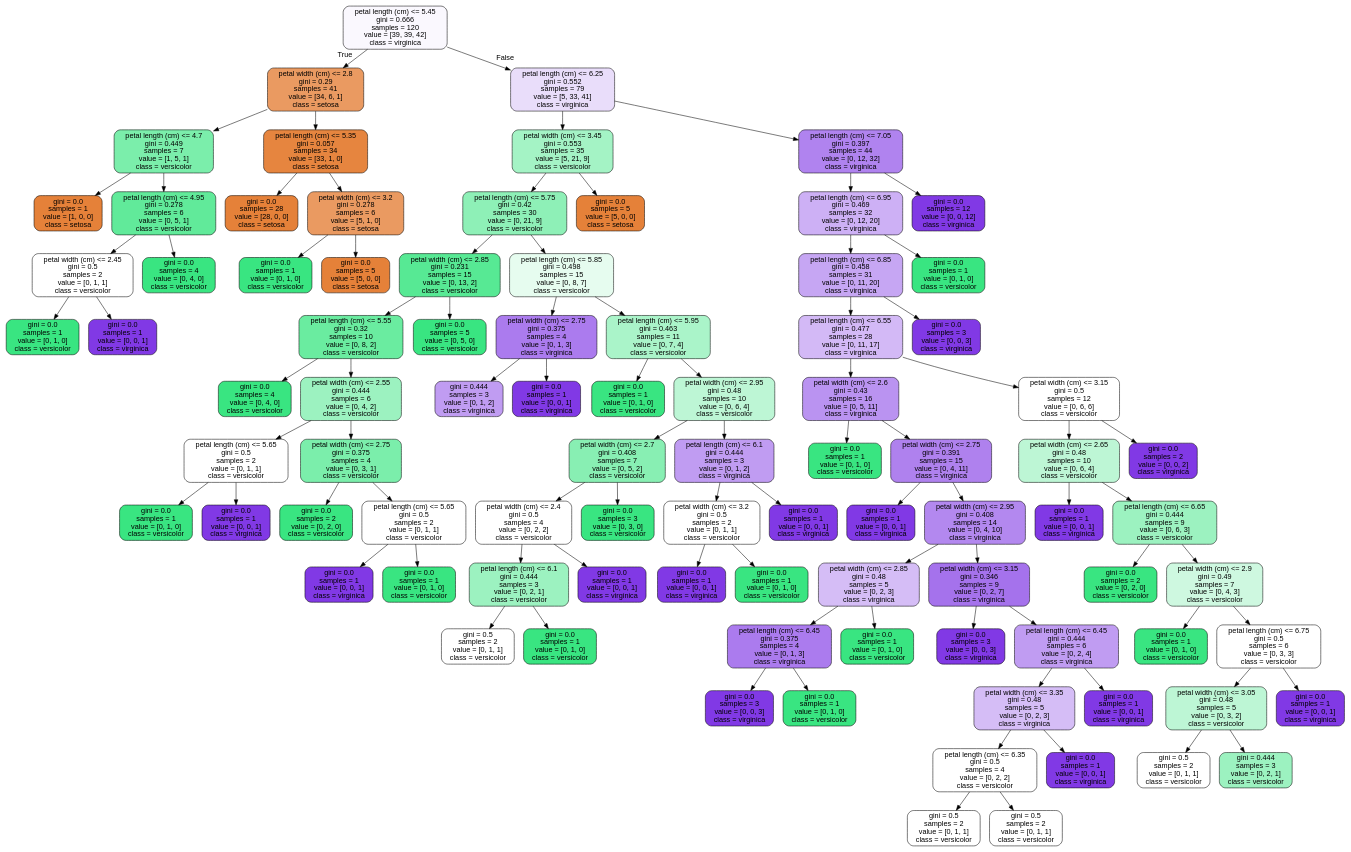
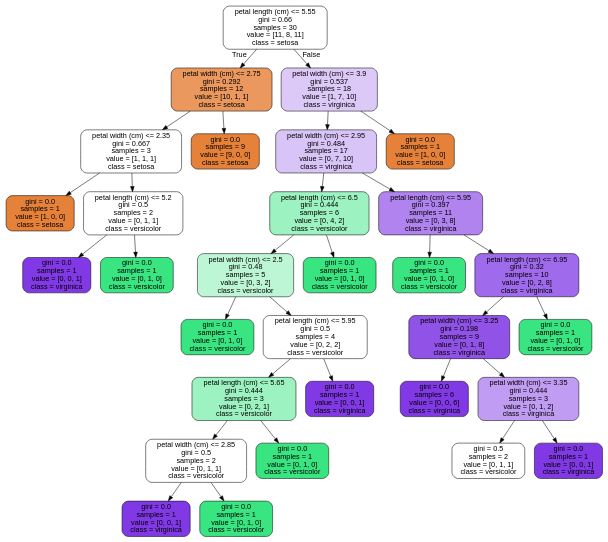
The diagram in images/decision_trees/iris_tree_test.dot (JoseDeJesusMendozaBecerril/Practica4_MineriaDeDatos), drawn with Graphviz before and after one commit. The commit also changed 10 other files, not shown here.

```diff
--- a/images/decision_trees/iris_tree_test.dot
+++ b/images/decision_trees/iris_tree_test.dot
@@ -1,181 +1,65 @@
 digraph Tree {
 node [shape=box, style="filled, rounded", color="black", fontname=helvetica] ;
 edge [fontname=helvetica] ;
-0 [label="petal length (cm) <= 5.45\ngini = 0.666\nsamples = 120\nvalue = [39, 39, 42]\nclass = virginica", fillcolor="#faf8fe"] ;
-1 [label="petal width (cm) <= 2.8\ngini = 0.29\nsamples = 41\nvalue = [34, 6, 1]\nclass = setosa", fillcolor="#ea9a61"] ;
+0 [label="petal length (cm) <= 5.55\ngini = 0.66\nsamples = 30\nvalue = [11, 8, 11]\nclass = setosa", fillcolor="#ffffff"] ;
+1 [label="petal width (cm) <= 2.75\ngini = 0.292\nsamples = 12\nvalue = [10, 1, 1]\nclass = setosa", fillcolor="#ea985d"] ;
 0 -> 1 [labeldistance=2.5, labelangle=45, headlabel="True"] ;
-2 [label="petal length (cm) <= 4.7\ngini = 0.449\nsamples = 7\nvalue = [1, 5, 1]\nclass = versicolor", fillcolor="#7beeab"] ;
+2 [label="petal width (cm) <= 2.35\ngini = 0.667\nsamples = 3\nvalue = [1, 1, 1]\nclass = setosa", fillcolor="#ffffff"] ;
 1 -> 2 ;
 3 [label="gini = 0.0\nsamples = 1\nvalue = [1, 0, 0]\nclass = setosa", fillcolor="#e58139"] ;
 2 -> 3 ;
-4 [label="petal length (cm) <= 4.95\ngini = 0.278\nsamples = 6\nvalue = [0, 5, 1]\nclass = versicolor", fillcolor="#61ea9a"] ;
+4 [label="petal length (cm) <= 5.2\ngini = 0.5\nsamples = 2\nvalue = [0, 1, 1]\nclass = versicolor", fillcolor="#ffffff"] ;
 2 -> 4 ;
-5 [label="petal width (cm) <= 2.45\ngini = 0.5\nsamples = 2\nvalue = [0, 1, 1]\nclass = versicolor", fillcolor="#ffffff"] ;
+5 [label="gini = 0.0\nsamples = 1\nvalue = [0, 0, 1]\nclass = virginica", fillcolor="#8139e5"] ;
 4 -> 5 ;
 6 [label="gini = 0.0\nsamples = 1\nvalue = [0, 1, 0]\nclass = versicolor", fillcolor="#39e581"] ;
-5 -> 6 ;
-7 [label="gini = 0.0\nsamples = 1\nvalue = [0, 0, 1]\nclass = virginica", fillcolor="#8139e5"] ;
-5 -> 7 ;
-8 [label="gini = 0.0\nsamples = 4\nvalue = [0, 4, 0]\nclass = versicolor", fillcolor="#39e581"] ;
-4 -> 8 ;
-9 [label="petal length (cm) <= 5.35\ngini = 0.057\nsamples = 34\nvalue = [33, 1, 0]\nclass = setosa", fillcolor="#e6853f"] ;
-1 -> 9 ;
-10 [label="gini = 0.0\nsamples = 28\nvalue = [28, 0, 0]\nclass = setosa", fillcolor="#e58139"] ;
+4 -> 6 ;
+7 [label="gini = 0.0\nsamples = 9\nvalue = [9, 0, 0]\nclass = setosa", fillcolor="#e58139"] ;
+1 -> 7 ;
+8 [label="petal width (cm) <= 3.9\ngini = 0.537\nsamples = 18\nvalue = [1, 7, 10]\nclass = virginica", fillcolor="#ddc9f8"] ;
+0 -> 8 [labeldistance=2.5, labelangle=-45, headlabel="False"] ;
+9 [label="petal width (cm) <= 2.95\ngini = 0.484\nsamples = 17\nvalue = [0, 7, 10]\nclass = virginica", fillcolor="#d9c4f7"] ;
+8 -> 9 ;
+10 [label="petal length (cm) <= 6.5\ngini = 0.444\nsamples = 6\nvalue = [0, 4, 2]\nclass = versicolor", fillcolor="#9cf2c0"] ;
 9 -> 10 ;
-11 [label="petal width (cm) <= 3.2\ngini = 0.278\nsamples = 6\nvalue = [5, 1, 0]\nclass = setosa", fillcolor="#ea9a61"] ;
-9 -> 11 ;
+11 [label="petal width (cm) <= 2.5\ngini = 0.48\nsamples = 5\nvalue = [0, 3, 2]\nclass = versicolor", fillcolor="#bdf6d5"] ;
+10 -> 11 ;
 12 [label="gini = 0.0\nsamples = 1\nvalue = [0, 1, 0]\nclass = versicolor", fillcolor="#39e581"] ;
 11 -> 12 ;
-13 [label="gini = 0.0\nsamples = 5\nvalue = [5, 0, 0]\nclass = setosa", fillcolor="#e58139"] ;
+13 [label="petal length (cm) <= 5.95\ngini = 0.5\nsamples = 4\nvalue = [0, 2, 2]\nclass = versicolor", fillcolor="#ffffff"] ;
 11 -> 13 ;
-14 [label="petal length (cm) <= 6.25\ngini = 0.552\nsamples = 79\nvalue = [5, 33, 41]\nclass = virginica", fillcolor="#e9ddfa"] ;
-0 -> 14 [labeldistance=2.5, labelangle=-45, headlabel="False"] ;
-15 [label="petal width (cm) <= 3.45\ngini = 0.553\nsamples = 35\nvalue = [5, 21, 9]\nclass = versicolor", fillcolor="#a4f3c5"] ;
+14 [label="petal length (cm) <= 5.65\ngini = 0.444\nsamples = 3\nvalue = [0, 2, 1]\nclass = versicolor", fillcolor="#9cf2c0"] ;
+13 -> 14 ;
+15 [label="petal width (cm) <= 2.85\ngini = 0.5\nsamples = 2\nvalue = [0, 1, 1]\nclass = versicolor", fillcolor="#ffffff"] ;
 14 -> 15 ;
-16 [label="petal length (cm) <= 5.75\ngini = 0.42\nsamples = 30\nvalue = [0, 21, 9]\nclass = versicolor", fillcolor="#8ef0b7"] ;
+16 [label="gini = 0.0\nsamples = 1\nvalue = [0, 0, 1]\nclass = virginica", fillcolor="#8139e5"] ;
 15 -> 16 ;
-17 [label="petal width (cm) <= 2.85\ngini = 0.231\nsamples = 15\nvalue = [0, 13, 2]\nclass = versicolor", fillcolor="#57e994"] ;
-16 -> 17 ;
-18 [label="petal length (cm) <= 5.55\ngini = 0.32\nsamples = 10\nvalue = [0, 8, 2]\nclass = versicolor", fillcolor="#6aeca0"] ;
-17 -> 18 ;
-19 [label="gini = 0.0\nsamples = 4\nvalue = [0, 4, 0]\nclass = versicolor", fillcolor="#39e581"] ;
-18 -> 19 ;
-20 [label="petal width (cm) <= 2.55\ngini = 0.444\nsamples = 6\nvalue = [0, 4, 2]\nclass = versicolor", fillcolor="#9cf2c0"] ;
-18 -> 20 ;
-21 [label="petal length (cm) <= 5.65\ngini = 0.5\nsamples = 2\nvalue = [0, 1, 1]\nclass = versicolor", fillcolor="#ffffff"] ;
-20 -> 21 ;
+17 [label="gini = 0.0\nsamples = 1\nvalue = [0, 1, 0]\nclass = versicolor", fillcolor="#39e581"] ;
+15 -> 17 ;
+18 [label="gini = 0.0\nsamples = 1\nvalue = [0, 1, 0]\nclass = versicolor", fillcolor="#39e581"] ;
+14 -> 18 ;
+19 [label="gini = 0.0\nsamples = 1\nvalue = [0, 0, 1]\nclass = virginica", fillcolor="#8139e5"] ;
+13 -> 19 ;
+20 [label="gini = 0.0\nsamples = 1\nvalue = [0, 1, 0]\nclass = versicolor", fillcolor="#39e581"] ;
+10 -> 20 ;
+21 [label="petal length (cm) <= 5.95\ngini = 0.397\nsamples = 11\nvalue = [0, 3, 8]\nclass = virginica", fillcolor="#b083ef"] ;
+9 -> 21 ;
 22 [label="gini = 0.0\nsamples = 1\nvalue = [0, 1, 0]\nclass = versicolor", fillcolor="#39e581"] ;
 21 -> 22 ;
-23 [label="gini = 0.0\nsamples = 1\nvalue = [0, 0, 1]\nclass = virginica", fillcolor="#8139e5"] ;
+23 [label="petal length (cm) <= 6.95\ngini = 0.32\nsamples = 10\nvalue = [0, 2, 8]\nclass = virginica", fillcolor="#a06aec"] ;
 21 -> 23 ;
-24 [label="petal width (cm) <= 2.75\ngini = 0.375\nsamples = 4\nvalue = [0, 3, 1]\nclass = versicolor", fillcolor="#7beeab"] ;
-20 -> 24 ;
-25 [label="gini = 0.0\nsamples = 2\nvalue = [0, 2, 0]\nclass = versicolor", fillcolor="#39e581"] ;
+24 [label="petal width (cm) <= 3.25\ngini = 0.198\nsamples = 9\nvalue = [0, 1, 8]\nclass = virginica", fillcolor="#9152e8"] ;
+23 -> 24 ;
+25 [label="gini = 0.0\nsamples = 6\nvalue = [0, 0, 6]\nclass = virginica", fillcolor="#8139e5"] ;
 24 -> 25 ;
-26 [label="petal length (cm) <= 5.65\ngini = 0.5\nsamples = 2\nvalue = [0, 1, 1]\nclass = versicolor", fillcolor="#ffffff"] ;
+26 [label="petal width (cm) <= 3.35\ngini = 0.444\nsamples = 3\nvalue = [0, 1, 2]\nclass = virginica", fillcolor="#c09cf2"] ;
 24 -> 26 ;
-27 [label="gini = 0.0\nsamples = 1\nvalue = [0, 0, 1]\nclass = virginica", fillcolor="#8139e5"] ;
+27 [label="gini = 0.5\nsamples = 2\nvalue = [0, 1, 1]\nclass = versicolor", fillcolor="#ffffff"] ;
 26 -> 27 ;
-28 [label="gini = 0.0\nsamples = 1\nvalue = [0, 1, 0]\nclass = versicolor", fillcolor="#39e581"] ;
+28 [label="gini = 0.0\nsamples = 1\nvalue = [0, 0, 1]\nclass = virginica", fillcolor="#8139e5"] ;
 26 -> 28 ;
-29 [label="gini = 0.0\nsamples = 5\nvalue = [0, 5, 0]\nclass = versicolor", fillcolor="#39e581"] ;
-17 -> 29 ;
-30 [label="petal length (cm) <= 5.85\ngini = 0.498\nsamples = 15\nvalue = [0, 8, 7]\nclass = versicolor", fillcolor="#e6fcef"] ;
-16 -> 30 ;
-31 [label="petal width (cm) <= 2.75\ngini = 0.375\nsamples = 4\nvalue = [0, 1, 3]\nclass = virginica", fillcolor="#ab7bee"] ;
-30 -> 31 ;
-32 [label="gini = 0.444\nsamples = 3\nvalue = [0, 1, 2]\nclass = virginica", fillcolor="#c09cf2"] ;
-31 -> 32 ;
-33 [label="gini = 0.0\nsamples = 1\nvalue = [0, 0, 1]\nclass = virginica", fillcolor="#8139e5"] ;
-31 -> 33 ;
-34 [label="petal length (cm) <= 5.95\ngini = 0.463\nsamples = 11\nvalue = [0, 7, 4]\nclass = versicolor", fillcolor="#aaf4c9"] ;
-30 -> 34 ;
-35 [label="gini = 0.0\nsamples = 1\nvalue = [0, 1, 0]\nclass = versicolor", fillcolor="#39e581"] ;
-34 -> 35 ;
-36 [label="petal width (cm) <= 2.95\ngini = 0.48\nsamples = 10\nvalue = [0, 6, 4]\nclass = versicolor", fillcolor="#bdf6d5"] ;
-34 -> 36 ;
-37 [label="petal width (cm) <= 2.7\ngini = 0.408\nsamples = 7\nvalue = [0, 5, 2]\nclass = versicolor", fillcolor="#88efb3"] ;
-36 -> 37 ;
-38 [label="petal width (cm) <= 2.4\ngini = 0.5\nsamples = 4\nvalue = [0, 2, 2]\nclass = versicolor", fillcolor="#ffffff"] ;
-37 -> 38 ;
-39 [label="petal length (cm) <= 6.1\ngini = 0.444\nsamples = 3\nvalue = [0, 2, 1]\nclass = versicolor", fillcolor="#9cf2c0"] ;
-38 -> 39 ;
-40 [label="gini = 0.5\nsamples = 2\nvalue = [0, 1, 1]\nclass = versicolor", fillcolor="#ffffff"] ;
-39 -> 40 ;
-41 [label="gini = 0.0\nsamples = 1\nvalue = [0, 1, 0]\nclass = versicolor", fillcolor="#39e581"] ;
-39 -> 41 ;
-42 [label="gini = 0.0\nsamples = 1\nvalue = [0, 0, 1]\nclass = virginica", fillcolor="#8139e5"] ;
-38 -> 42 ;
-43 [label="gini = 0.0\nsamples = 3\nvalue = [0, 3, 0]\nclass = versicolor", fillcolor="#39e581"] ;
-37 -> 43 ;
-44 [label="petal length (cm) <= 6.1\ngini = 0.444\nsamples = 3\nvalue = [0, 1, 2]\nclass = virginica", fillcolor="#c09cf2"] ;
-36 -> 44 ;
-45 [label="petal width (cm) <= 3.2\ngini = 0.5\nsamples = 2\nvalue = [0, 1, 1]\nclass = versicolor", fillcolor="#ffffff"] ;
-44 -> 45 ;
-46 [label="gini = 0.0\nsamples = 1\nvalue = [0, 0, 1]\nclass = virginica", fillcolor="#8139e5"] ;
-45 -> 46 ;
-47 [label="gini = 0.0\nsamples = 1\nvalue = [0, 1, 0]\nclass = versicolor", fillcolor="#39e581"] ;
-45 -> 47 ;
-48 [label="gini = 0.0\nsamples = 1\nvalue = [0, 0, 1]\nclass = virginica", fillcolor="#8139e5"] ;
-44 -> 48 ;
-49 [label="gini = 0.0\nsamples = 5\nvalue = [5, 0, 0]\nclass = setosa", fillcolor="#e58139"] ;
-15 -> 49 ;
-50 [label="petal length (cm) <= 7.05\ngini = 0.397\nsamples = 44\nvalue = [0, 12, 32]\nclass = virginica", fillcolor="#b083ef"] ;
-14 -> 50 ;
-51 [label="petal length (cm) <= 6.95\ngini = 0.469\nsamples = 32\nvalue = [0, 12, 20]\nclass = virginica", fillcolor="#cdb0f5"] ;
-50 -> 51 ;
-52 [label="petal length (cm) <= 6.85\ngini = 0.458\nsamples = 31\nvalue = [0, 11, 20]\nclass = virginica", fillcolor="#c6a6f3"] ;
-51 -> 52 ;
-53 [label="petal length (cm) <= 6.55\ngini = 0.477\nsamples = 28\nvalue = [0, 11, 17]\nclass = virginica", fillcolor="#d3b9f6"] ;
-52 -> 53 ;
-54 [label="petal width (cm) <= 2.6\ngini = 0.43\nsamples = 16\nvalue = [0, 5, 11]\nclass = virginica", fillcolor="#ba93f1"] ;
-53 -> 54 ;
-55 [label="gini = 0.0\nsamples = 1\nvalue = [0, 1, 0]\nclass = versicolor", fillcolor="#39e581"] ;
-54 -> 55 ;
-56 [label="petal width (cm) <= 2.75\ngini = 0.391\nsamples = 15\nvalue = [0, 4, 11]\nclass = virginica", fillcolor="#af81ee"] ;
-54 -> 56 ;
-57 [label="gini = 0.0\nsamples = 1\nvalue = [0, 0, 1]\nclass = virginica", fillcolor="#8139e5"] ;
-56 -> 57 ;
-58 [label="petal width (cm) <= 2.95\ngini = 0.408\nsamples = 14\nvalue = [0, 4, 10]\nclass = virginica", fillcolor="#b388ef"] ;
-56 -> 58 ;
-59 [label="petal width (cm) <= 2.85\ngini = 0.48\nsamples = 5\nvalue = [0, 2, 3]\nclass = virginica", fillcolor="#d5bdf6"] ;
-58 -> 59 ;
-60 [label="petal length (cm) <= 6.45\ngini = 0.375\nsamples = 4\nvalue = [0, 1, 3]\nclass = virginica", fillcolor="#ab7bee"] ;
-59 -> 60 ;
-61 [label="gini = 0.0\nsamples = 3\nvalue = [0, 0, 3]\nclass = virginica", fillcolor="#8139e5"] ;
-60 -> 61 ;
-62 [label="gini = 0.0\nsamples = 1\nvalue = [0, 1, 0]\nclass = versicolor", fillcolor="#39e581"] ;
-60 -> 62 ;
-63 [label="gini = 0.0\nsamples = 1\nvalue = [0, 1, 0]\nclass = versicolor", fillcolor="#39e581"] ;
-59 -> 63 ;
-64 [label="petal width (cm) <= 3.15\ngini = 0.346\nsamples = 9\nvalue = [0, 2, 7]\nclass = virginica", fillcolor="#a572ec"] ;
-58 -> 64 ;
-65 [label="gini = 0.0\nsamples = 3\nvalue = [0, 0, 3]\nclass = virginica", fillcolor="#8139e5"] ;
-64 -> 65 ;
-66 [label="petal length (cm) <= 6.45\ngini = 0.444\nsamples = 6\nvalue = [0, 2, 4]\nclass = virginica", fillcolor="#c09cf2"] ;
-64 -> 66 ;
-67 [label="petal width (cm) <= 3.35\ngini = 0.48\nsamples = 5\nvalue = [0, 2, 3]\nclass = virginica", fillcolor="#d5bdf6"] ;
-66 -> 67 ;
-68 [label="petal length (cm) <= 6.35\ngini = 0.5\nsamples = 4\nvalue = [0, 2, 2]\nclass = versicolor", fillcolor="#ffffff"] ;
-67 -> 68 ;
-69 [label="gini = 0.5\nsamples = 2\nvalue = [0, 1, 1]\nclass = versicolor", fillcolor="#ffffff"] ;
-68 -> 69 ;
-70 [label="gini = 0.5\nsamples = 2\nvalue = [0, 1, 1]\nclass = versicolor", fillcolor="#ffffff"] ;
-68 -> 70 ;
-71 [label="gini = 0.0\nsamples = 1\nvalue = [0, 0, 1]\nclass = virginica", fillcolor="#8139e5"] ;
-67 -> 71 ;
-72 [label="gini = 0.0\nsamples = 1\nvalue = [0, 0, 1]\nclass = virginica", fillcolor="#8139e5"] ;
-66 -> 72 ;
-73 [label="petal width (cm) <= 3.15\ngini = 0.5\nsamples = 12\nvalue = [0, 6, 6]\nclass = versicolor", fillcolor="#ffffff"] ;
-53 -> 73 ;
-74 [label="petal width (cm) <= 2.65\ngini = 0.48\nsamples = 10\nvalue = [0, 6, 4]\nclass = versicolor", fillcolor="#bdf6d5"] ;
-73 -> 74 ;
-75 [label="gini = 0.0\nsamples = 1\nvalue = [0, 0, 1]\nclass = virginica", fillcolor="#8139e5"] ;
-74 -> 75 ;
-76 [label="petal length (cm) <= 6.65\ngini = 0.444\nsamples = 9\nvalue = [0, 6, 3]\nclass = versicolor", fillcolor="#9cf2c0"] ;
-74 -> 76 ;
-77 [label="gini = 0.0\nsamples = 2\nvalue = [0, 2, 0]\nclass = versicolor", fillcolor="#39e581"] ;
-76 -> 77 ;
-78 [label="petal width (cm) <= 2.9\ngini = 0.49\nsamples = 7\nvalue = [0, 4, 3]\nclass = versicolor", fillcolor="#cef8e0"] ;
-76 -> 78 ;
-79 [label="gini = 0.0\nsamples = 1\nvalue = [0, 1, 0]\nclass = versicolor", fillcolor="#39e581"] ;
-78 -> 79 ;
-80 [label="petal length (cm) <= 6.75\ngini = 0.5\nsamples = 6\nvalue = [0, 3, 3]\nclass = versicolor", fillcolor="#ffffff"] ;
-78 -> 80 ;
-81 [label="petal width (cm) <= 3.05\ngini = 0.48\nsamples = 5\nvalue = [0, 3, 2]\nclass = versicolor", fillcolor="#bdf6d5"] ;
-80 -> 81 ;
-82 [label="gini = 0.5\nsamples = 2\nvalue = [0, 1, 1]\nclass = versicolor", fillcolor="#ffffff"] ;
-81 -> 82 ;
-83 [label="gini = 0.444\nsamples = 3\nvalue = [0, 2, 1]\nclass = versicolor", fillcolor="#9cf2c0"] ;
-81 -> 83 ;
-84 [label="gini = 0.0\nsamples = 1\nvalue = [0, 0, 1]\nclass = virginica", fillcolor="#8139e5"] ;
-80 -> 84 ;
-85 [label="gini = 0.0\nsamples = 2\nvalue = [0, 0, 2]\nclass = virginica", fillcolor="#8139e5"] ;
-73 -> 85 ;
-86 [label="gini = 0.0\nsamples = 3\nvalue = [0, 0, 3]\nclass = virginica", fillcolor="#8139e5"] ;
-52 -> 86 ;
-87 [label="gini = 0.0\nsamples = 1\nvalue = [0, 1, 0]\nclass = versicolor", fillcolor="#39e581"] ;
-51 -> 87 ;
-88 [label="gini = 0.0\nsamples = 12\nvalue = [0, 0, 12]\nclass = virginica", fillcolor="#8139e5"] ;
-50 -> 88 ;
+29 [label="gini = 0.0\nsamples = 1\nvalue = [0, 1, 0]\nclass = versicolor", fillcolor="#39e581"] ;
+23 -> 29 ;
+30 [label="gini = 0.0\nsamples = 1\nvalue = [1, 0, 0]\nclass = setosa", fillcolor="#e58139"] ;
+8 -> 30 ;
 }
```
